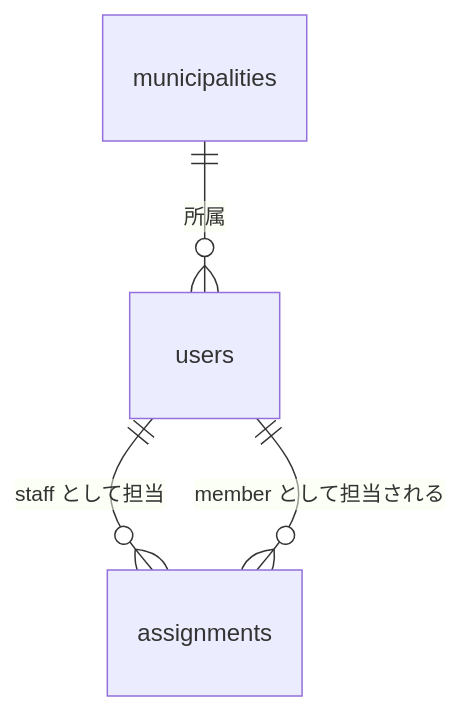
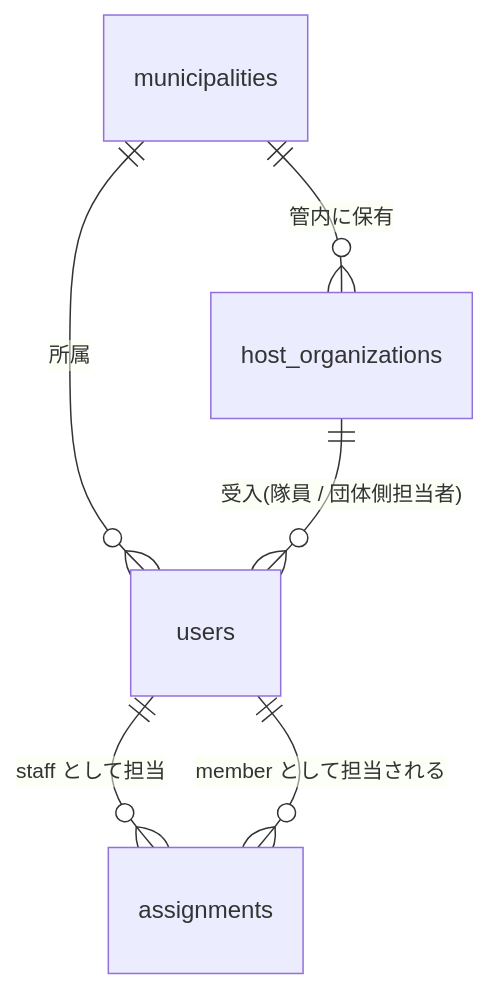
One commit to masa-dev-2000/kyoryokutai_support changed the second of 11 diagrams in docs/22_v5_data_model.md. Above: the diagram before and after it, drawn with Mermaid. The commit also changed other lines of this file and 3 other files, not shown here.

````diff
--- a/docs/22_v5_data_model.md
+++ b/docs/22_v5_data_model.md
@@ -90,6 +90,8 @@
 ```mermaid
 erDiagram
+  municipalities ||--o{ host_organizations : "管内に保有"
   municipalities ||--o{ users : "所属"
+  host_organizations ||--o{ users : "受入(隊員 / 団体側担当者)"
   users ||--o{ assignments : "staff として担当"
   users ||--o{ assignments : "member として担当される"
 ```
````
